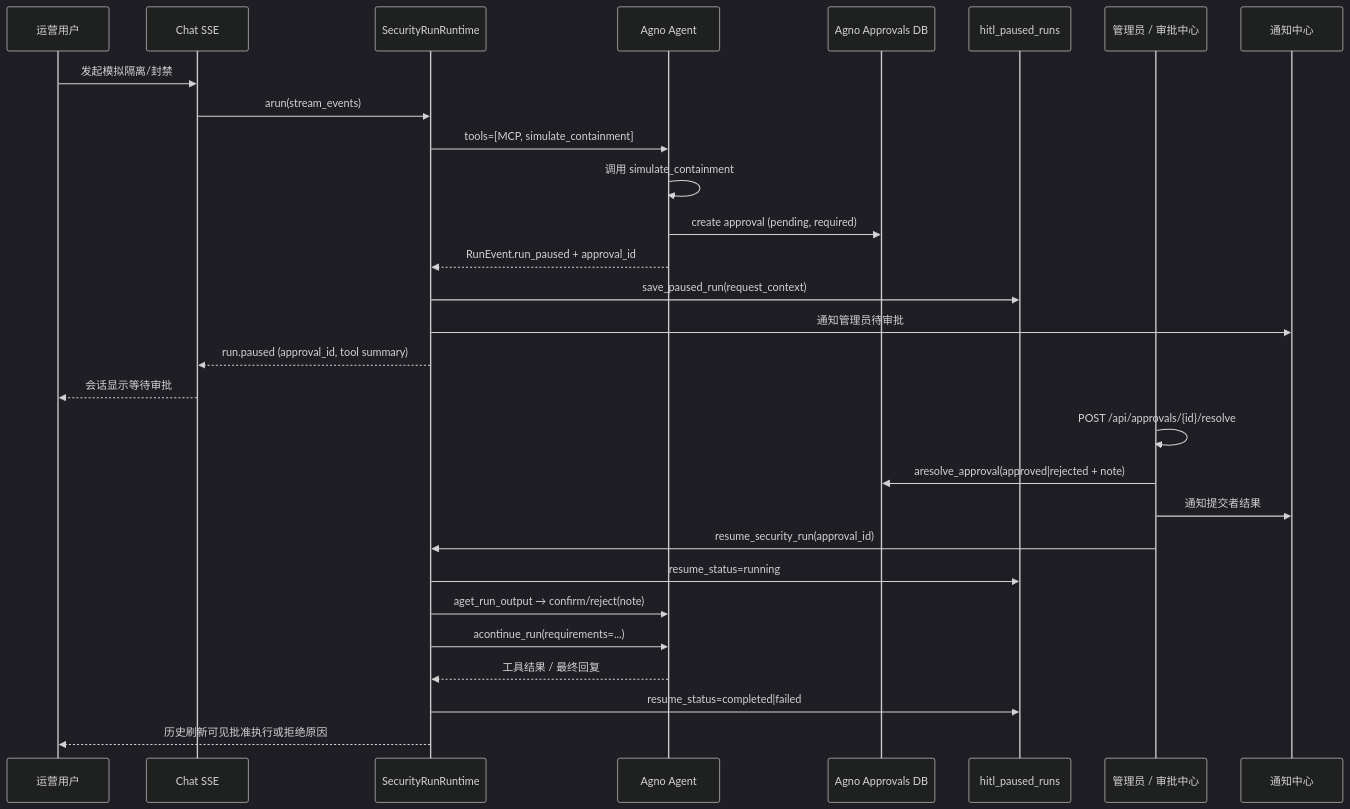
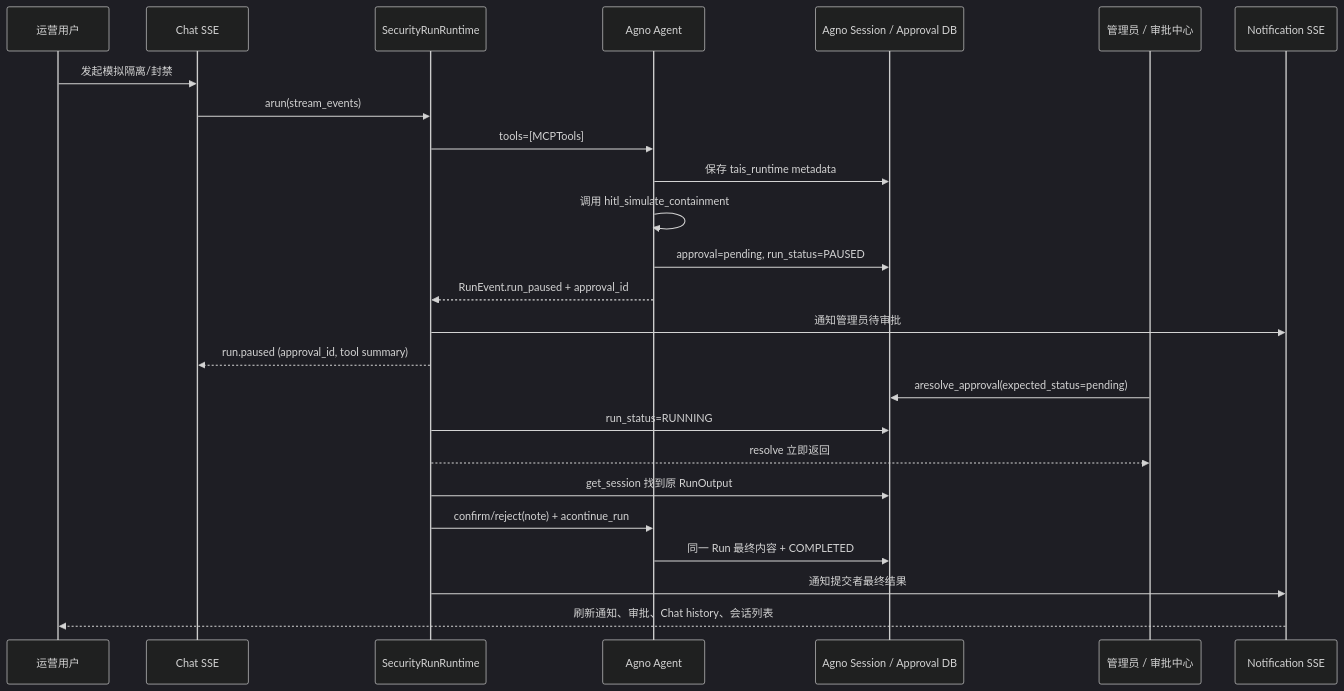
Before and after one commit to Kenny3Shen/Agno-AIOS: the second of 2 diagrams in README.md, drawn with Mermaid (dark theme). The commit also changed other lines of this file and 1 other file, not shown here.

Commit message:
docs: describe native HITL and model tool settings

````diff
--- a/README.md
+++ b/README.md
@@ -153,33 +164,28 @@
 ```mermaid
 sequenceDiagram
     participant User as 运营用户
     participant Chat as Chat SSE
     participant Runtime as SecurityRunRuntime
     participant Agno as Agno Agent
-    participant ADB as Agno Approvals DB
-    participant HR as hitl_paused_runs
+    participant DB as Agno Session / Approval DB
     participant Admin as 管理员 / 审批中心
-    participant Notify as 通知中心
+    participant Notify as Notification SSE
 
     User->>Chat: 发起模拟隔离/封禁
     Chat->>Runtime: arun(stream_events)
-    Runtime->>Agno: tools=[MCP, simulate_containment]
-    Agno->>Agno: 调用 simulate_containment
-    Agno->>ADB: create approval (pending, required)
+    Runtime->>Agno: tools=[MCPTools]
+    Agno->>DB: 保存 tais_runtime metadata
+    Agno->>Agno: 调用 hitl_simulate_containment
+    Agno->>DB: approval=pending, run_status=PAUSED
     Agno-->>Runtime: RunEvent.run_paused + approval_id
-    Runtime->>HR: save_paused_run(request_context)
     Runtime->>Notify: 通知管理员待审批
     Runtime-->>Chat: run.paused (approval_id, tool summary)
-    Chat-->>User: 会话显示等待审批
-
-    Admin->>Admin: POST /api/approvals/{id}/resolve
-    Admin->>ADB: aresolve_approval(approved|rejected + note)
-    Admin->>Notify: 通知提交者结果
-    Admin->>Runtime: resume_security_run(approval_id)
-    Runtime->>HR: resume_status=running
-    Runtime->>Agno: aget_run_output → confirm/reject(note)
-    Runtime->>Agno: acontinue_run(requirements=...)
-    Agno-->>Runtime: 工具结果 / 最终回复
-    Runtime->>HR: resume_status=completed|failed
-    Runtime-->>User: 历史刷新可见批准执行或拒绝原因
+    Admin->>DB: aresolve_approval(expected_status=pending)
+    Runtime->>DB: run_status=RUNNING
+    Runtime-->>Admin: resolve 立即返回
+    Runtime->>DB: get_session 找到原 RunOutput
+    Runtime->>Agno: confirm/reject(note) + acontinue_run
+    Agno->>DB: 同一 Run 最终内容 + COMPLETED
+    Runtime->>Notify: 通知提交者最终结果
+    Notify-->>User: 刷新通知、审批、Chat history、会话列表
 ```
````
